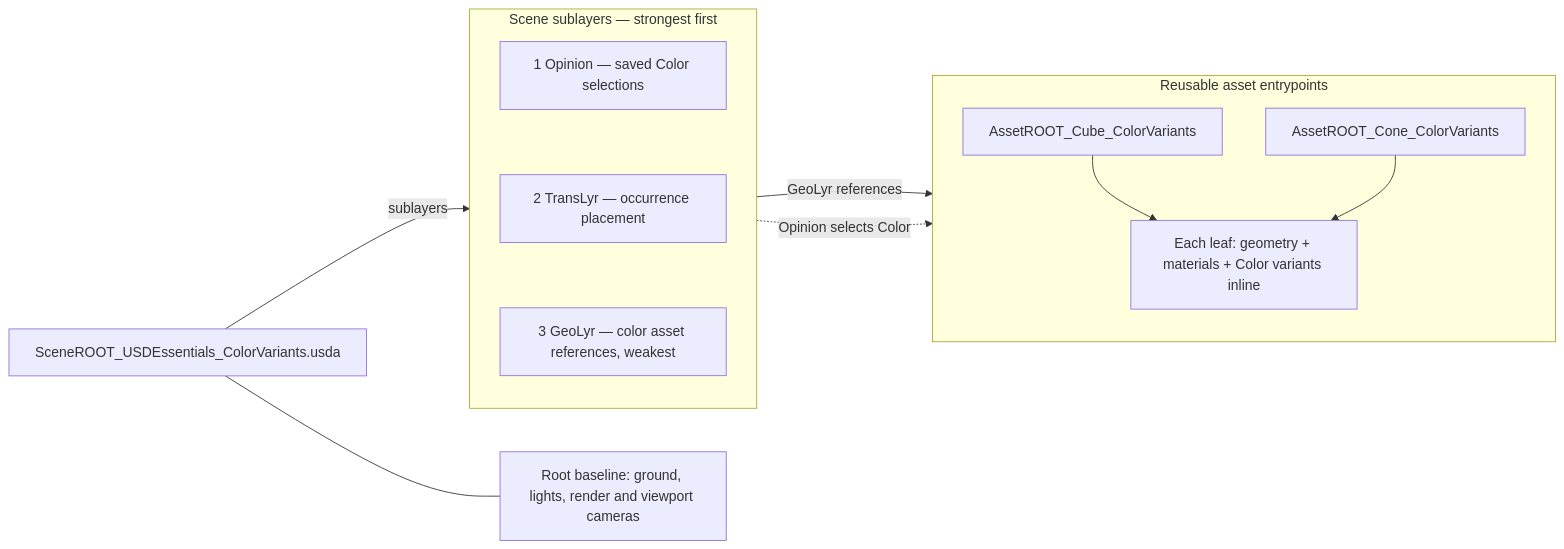
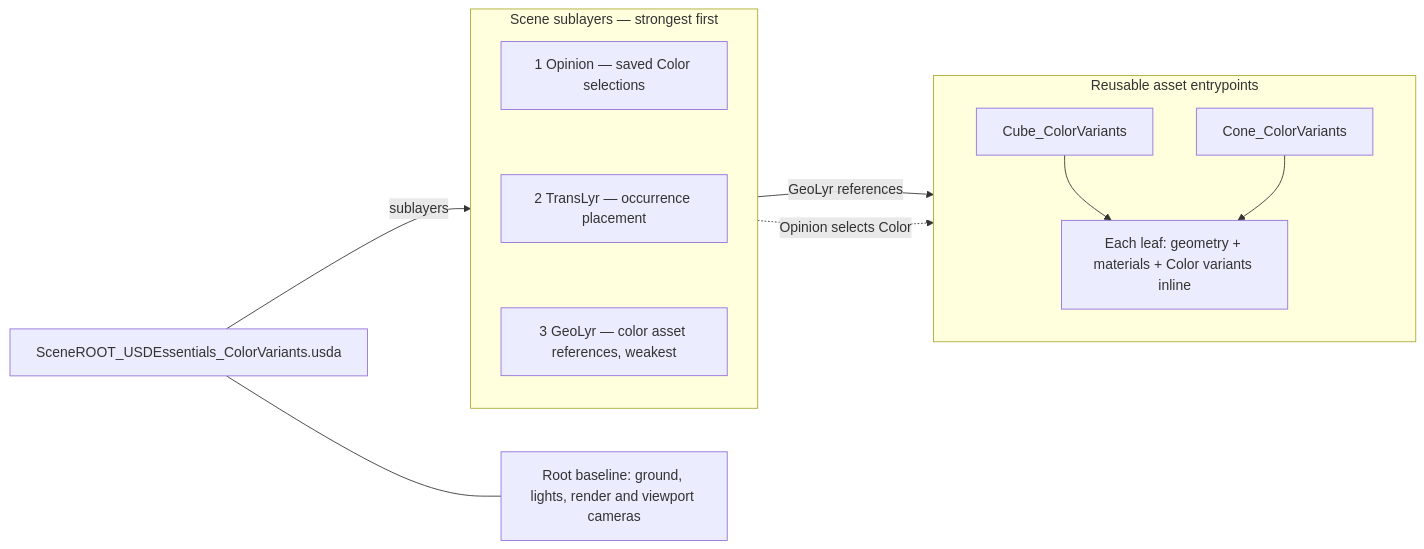
Before and after one commit to jph2/OpenUSD_GoodStart_CompositionContract: the diagram in examples/02_USDEssentials_Minimal/README_ColorVariants.md, drawn with Mermaid. The commit also changed other lines of this file and 46 other files, not shown here.

````diff
--- a/examples/02_USDEssentials_Minimal/README_ColorVariants.md
+++ b/examples/02_USDEssentials_Minimal/README_ColorVariants.md
@@ -29,25 +29,25 @@
 ```mermaid
 flowchart LR
     R["SceneROOT_USDEssentials_ColorVariants.usda"]
     subgraph STACK["Scene sublayers — strongest first"]
         direction TB
         O["1 Opinion — saved Color selections"]
         T["2 TransLyr — occurrence placement"]
         G["3 GeoLyr — color asset references, weakest"]
         O ~~~ T
         T ~~~ G
     end
     subgraph ASSETS["Reusable asset entrypoints"]
         direction TB
-        C["AssetROOT_Cube_ColorVariants"]
-        N["AssetROOT_Cone_ColorVariants"]
+        C["Cube_ColorVariants"]
+        N["Cone_ColorVariants"]
         ROLES["Each leaf: geometry + materials + Color variants inline"]
         C --> ROLES
         N --> ROLES
     end
     B["Root baseline: ground, lights, render and viewport cameras"]
     R --- B
     R -->|sublayers| STACK
     STACK -->|GeoLyr references| ASSETS
     STACK -.->|Opinion selects Color| ASSETS
 ```
````
